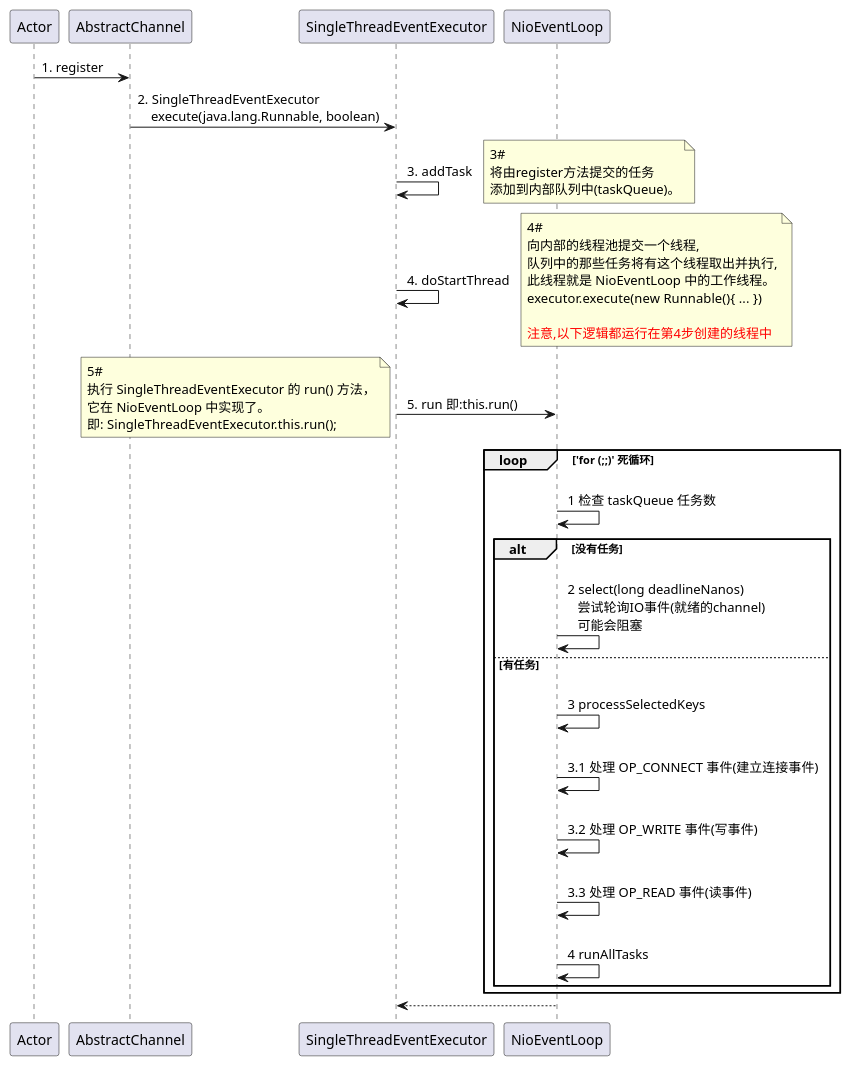
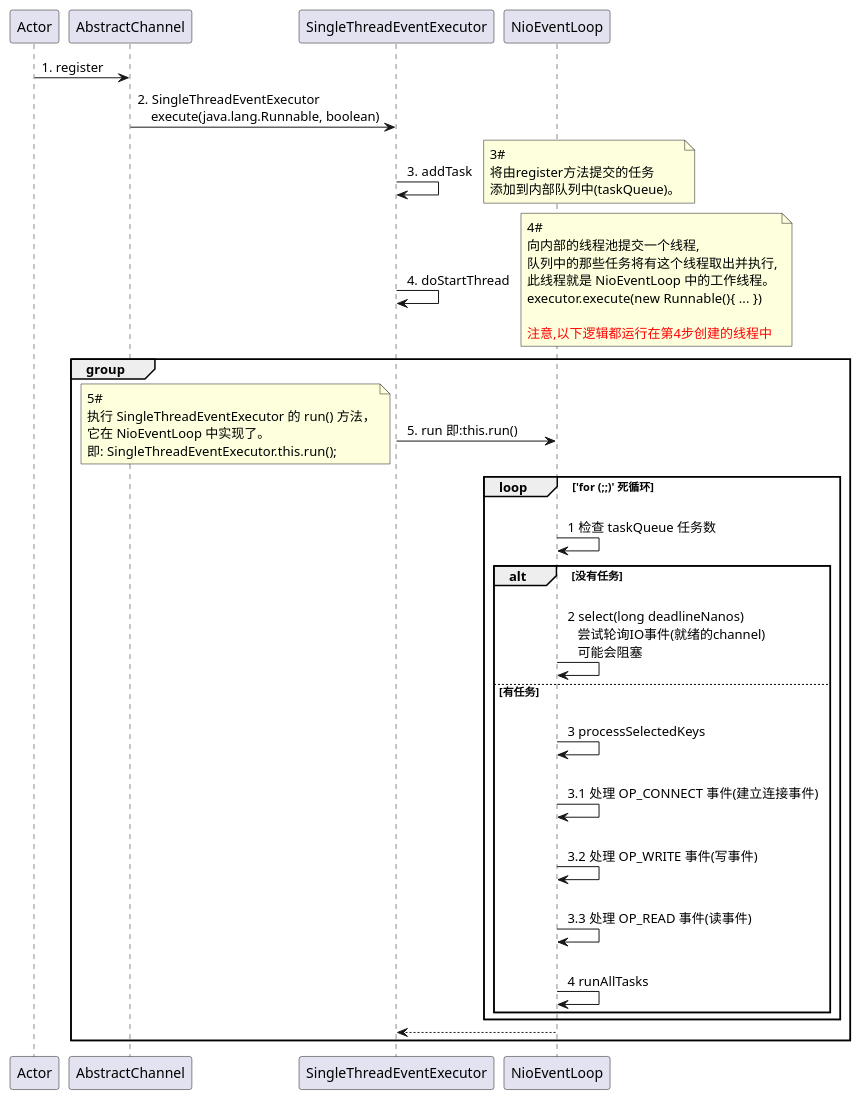
Before and after one commit to Simba-cheng/netty: the diagram in puml/NioEventLoop#run.puml, drawn with PlantUML.

Commit message:
refactor(code): 源码添加注释、流程图、类图

```diff
--- a/puml/NioEventLoop#run.puml
+++ b/puml/NioEventLoop#run.puml
@@ -1,51 +1,55 @@
 @startuml participant
 
 Actor -> AbstractChannel: 1. register
 
 AbstractChannel -> SingleThreadEventExecutor: 2. SingleThreadEventExecutor \n    execute(java.lang.Runnable, boolean)
 
 SingleThreadEventExecutor -> SingleThreadEventExecutor: \n 3. addTask
 note right
 3#
 将由register方法提交的任务
 添加到内部队列中(taskQueue)。
 end note
 
 SingleThreadEventExecutor -> SingleThreadEventExecutor: \n 4. doStartThread
 note right
 4#
 向内部的线程池提交一个线程,
 队列中的那些任务将有这个线程取出并执行,
 此线程就是 NioEventLoop 中的工作线程。
 executor.execute(new Runnable(){ ... })
 
 <color:#FF0000>注意,以下逻辑都运行在第4步创建的线程中</color>
 end note
+
+group
 
 SingleThreadEventExecutor -> NioEventLoop: \n 5. run 即:this.run()
 note left
 5#
 执行 SingleThreadEventExecutor 的 run() 方法，
 它在 NioEventLoop 中实现了。
 即: SingleThreadEventExecutor.this.run();
 end note
 
 ' ----- 分割线 -----
 loop 'for (;;)' 死循环
     NioEventLoop -> NioEventLoop: \n 1 检查 taskQueue 任务数
 
     alt 没有任务
         NioEventLoop -> NioEventLoop: \n 2 select(long deadlineNanos) \n    尝试轮询IO事件(就绪的channel) \n    可能会阻塞
     else 有任务
         NioEventLoop -> NioEventLoop: \n 3 processSelectedKeys
         NioEventLoop -> NioEventLoop: \n 3.1 处理 OP_CONNECT 事件(建立连接事件)
         NioEventLoop -> NioEventLoop: \n 3.2 处理 OP_WRITE 事件(写事件)
         NioEventLoop -> NioEventLoop: \n 3.3 处理 OP_READ 事件(读事件)
 
         NioEventLoop -> NioEventLoop: \n 4 runAllTasks
     end
 end
 ' ----- 分割线 -----
 
+
 SingleThreadEventExecutor <-- NioEventLoop
+end
 @enduml
```
